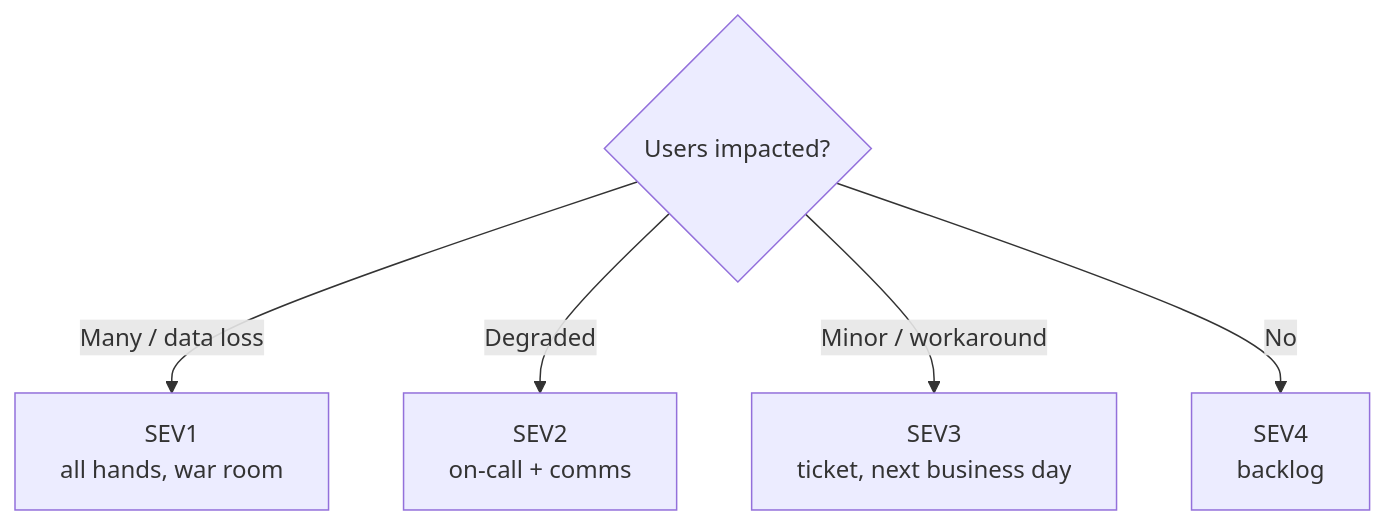
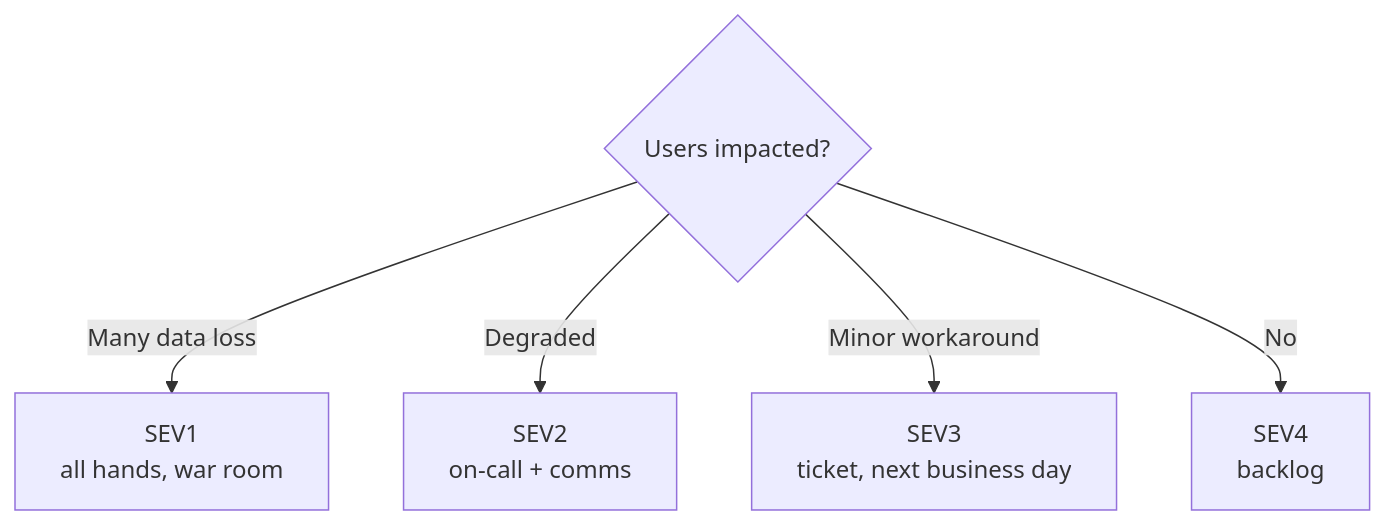
One commit to bumbsclaw/textbooks changed the fifth of 7 diagrams in vol-11-reliability-sre/ch05-incident-response.md. Above: the diagram before and after it, drawn with Mermaid. The commit also changed other lines of this file and 173 other files, not shown here.

First line of the commit message:
fix(mermaid): close note brackets, semicolons in Notes, stateDiagram br -> dash, edge parens

````diff
--- a/vol-11-reliability-sre/ch05-incident-response.md
+++ b/vol-11-reliability-sre/ch05-incident-response.md
@@ -744,7 +744,7 @@
 ```mermaid
 flowchart TB
-    Impact{"Users impacted?"} -->|Many / data loss| SEV1["SEV1<br/>all hands, war room"]
+    Impact{"Users impacted?"} -->|Many data loss| SEV1["SEV1<br/>all hands, war room"]
     Impact -->|Degraded| SEV2["SEV2<br/>on-call + comms"]
-    Impact -->|Minor / workaround| SEV3["SEV3<br/>ticket, next business day"]
+    Impact -->|Minor workaround| SEV3["SEV3<br/>ticket, next business day"]
     Impact -->|No| SEV4["SEV4<br/>backlog"]
 ```
````
